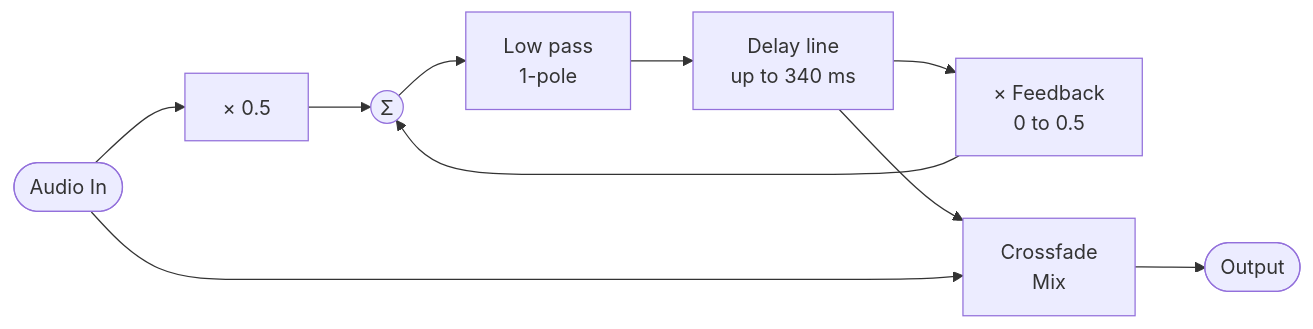
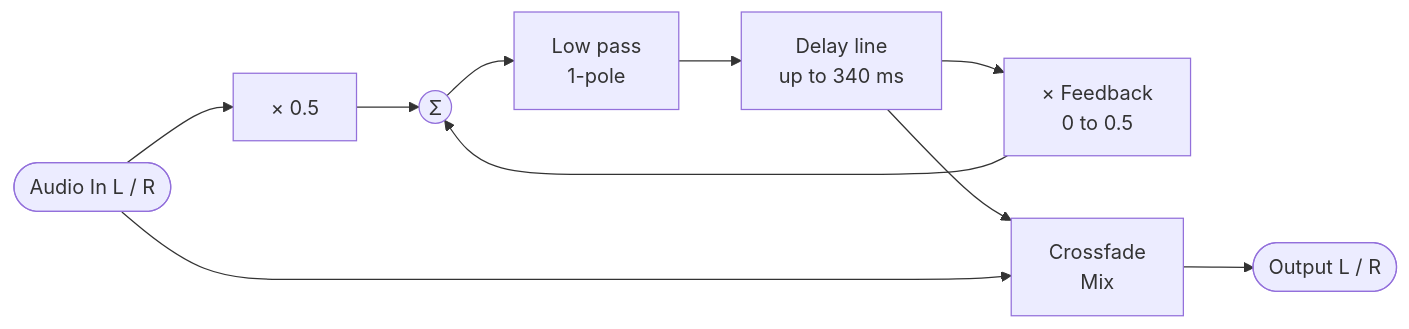
One commit to risgk/midi_synthesizer_spms1 changed the sixth of 6 diagrams in spms1_type2/README.md. Above: the diagram before and after it, drawn with Mermaid. The commit also changed other lines of this file and 10 other files, not shown here.

First line of the commit message:
type-2: Add Chorus 1 (mono in, stereo out) before Delay 1, make Delay 1 stereo, and make the final output stereo

````diff
--- a/spms1_type2/README.md
+++ b/spms1_type2/README.md
@@ -231,12 +270,12 @@
 ```mermaid
 flowchart LR
-  IN([Audio In]) --> H["× 0.5"]
+  IN([Audio In L / R]) --> H["× 0.5"]
   H --> SUM((Σ))
   SUM --> LPF["Low pass<br/>1-pole"]
   LPF --> DL["Delay line<br/>up to 340 ms"]
   DL --> FB["× Feedback<br/>0 to 0.5"]
   FB --> SUM
   DL --> X["Crossfade<br/>Mix"]
   IN --> X
-  X --> OUT([Output])
+  X --> OUT([Output L / R])
 ```
````
